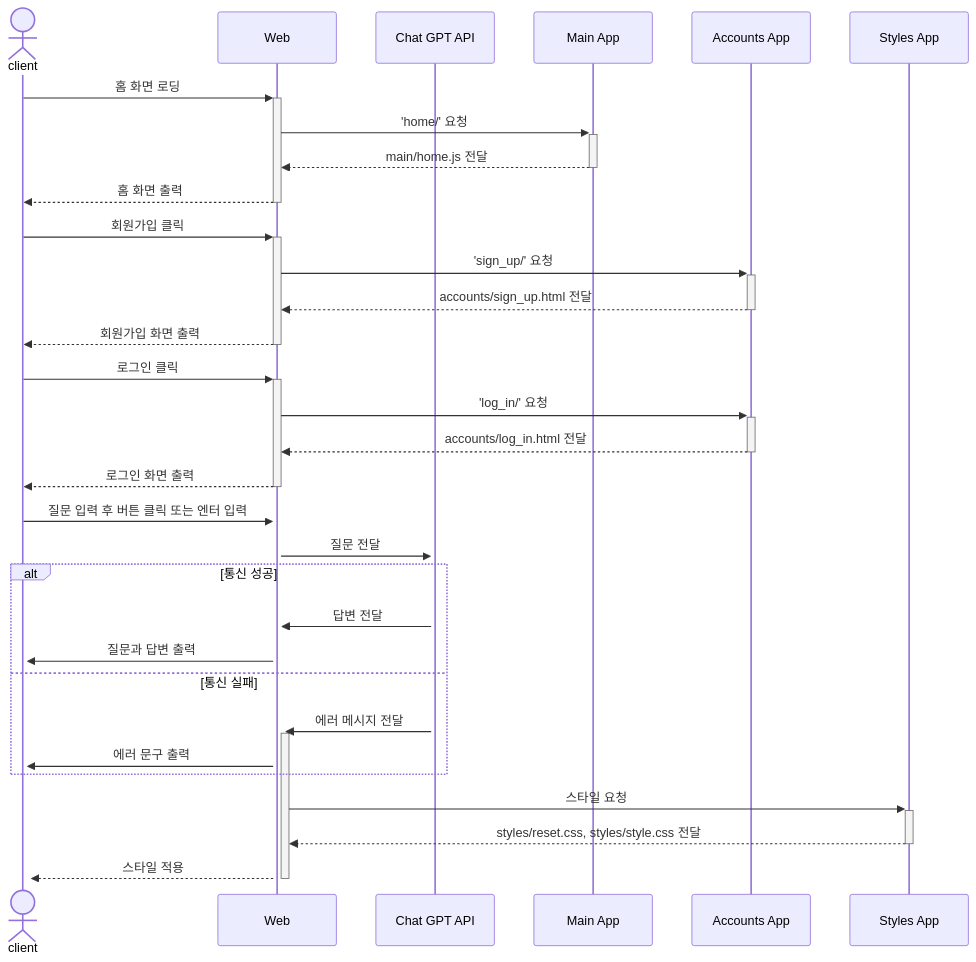
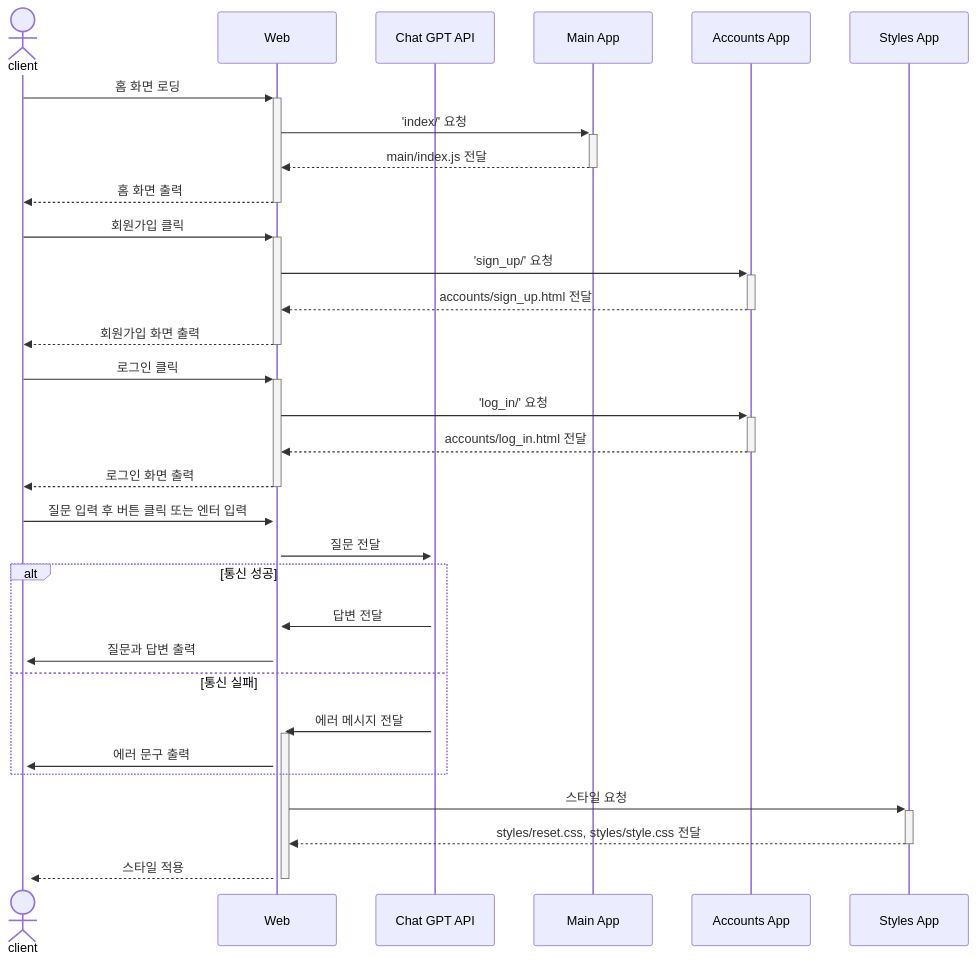
One commit to TheRealParkJoohyung/product-pricing changed the first of 2 diagrams in README.md. Above: the diagram before and after it, drawn with Mermaid.

````diff
--- a/README.md
+++ b/README.md
@@ -70,38 +70,38 @@
 ```mermaid
     sequenceDiagram
     actor A as client
     participant B as Web
     participant C as Chat GPT API
     participant D as Main App
     participant E as Accounts App
     participant F as Styles App
 
     A->>+B: 홈 화면 로딩
-    B->>+D: 'home/' 요청
-    D-->>-B: main/home.js 전달
+    B->>+D: 'index/' 요청
+    D-->>-B: main/index.js 전달
     B-->>-A: 홈 화면 출력
 
     A->>+B: 회원가입 클릭
     B->>+E: 'sign_up/' 요청
     E-->>-B: accounts/sign_up.html 전달
     B-->>-A: 회원가입 화면 출력
 
     A->>+B: 로그인 클릭
     B->>+E: 'log_in/' 요청
     E-->>-B: accounts/log_in.html 전달
     B-->>-A: 로그인 화면 출력
 
     A->>+B: 질문 입력 후 버튼 클릭 또는 엔터 입력
     B->>+C: 질문 전달
     alt 통신 성공
     C->>+B: 답변 전달
     B->>+A: 질문과 답변 출력
     else 통신 실패 
     C->>+B: 에러 메시지 전달
     B->>+A: 에러 문구 출력
     end
 
     B->>+F: 스타일 요청
     F-->>-B: styles/reset.css, styles/style.css 전달
     B-->>-A: 스타일 적용
 ```
````
